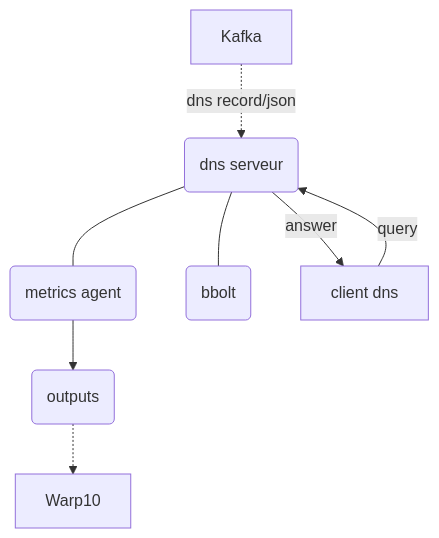
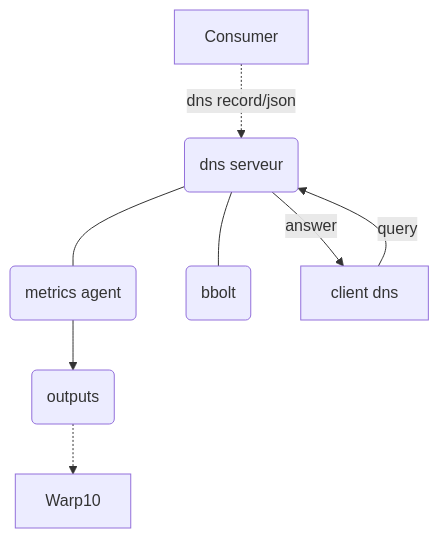
The diagram in README.md (CleverCloud/stream-dns), drawn with Mermaid before and after one commit. The commit also changed other lines of this file, not shown here.

````diff
--- a/README.md
+++ b/README.md
@@ -19,10 +19,10 @@
 ``` mermaid
 graph TD
-Kafka -.->|dns record/json| D
+Consumer -.->|dns record/json| D
 D(dns serveur) --- A
 D --- B(bbolt)
 C[client dns] -- query --> D
 D(dns serveur) -- answer --> C
 A(metrics agent) --> O(outputs)
 O -.-> Warp10
 ```
````
